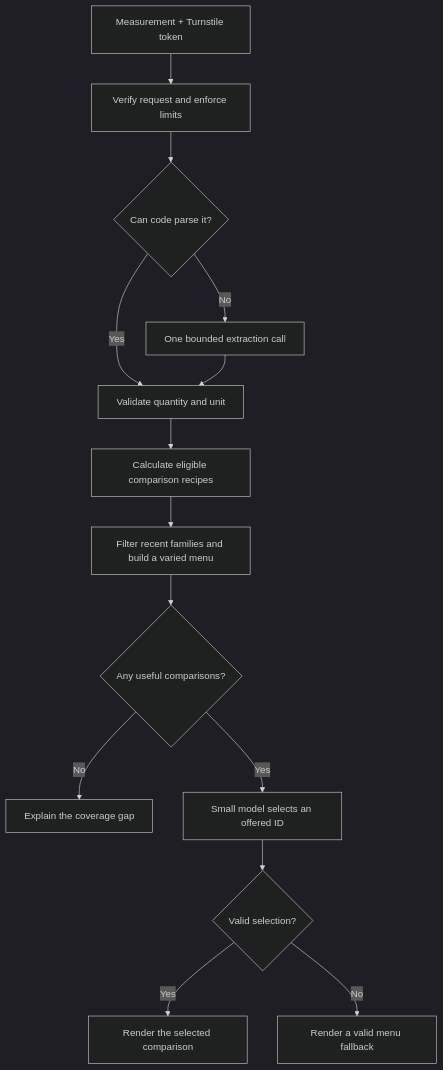
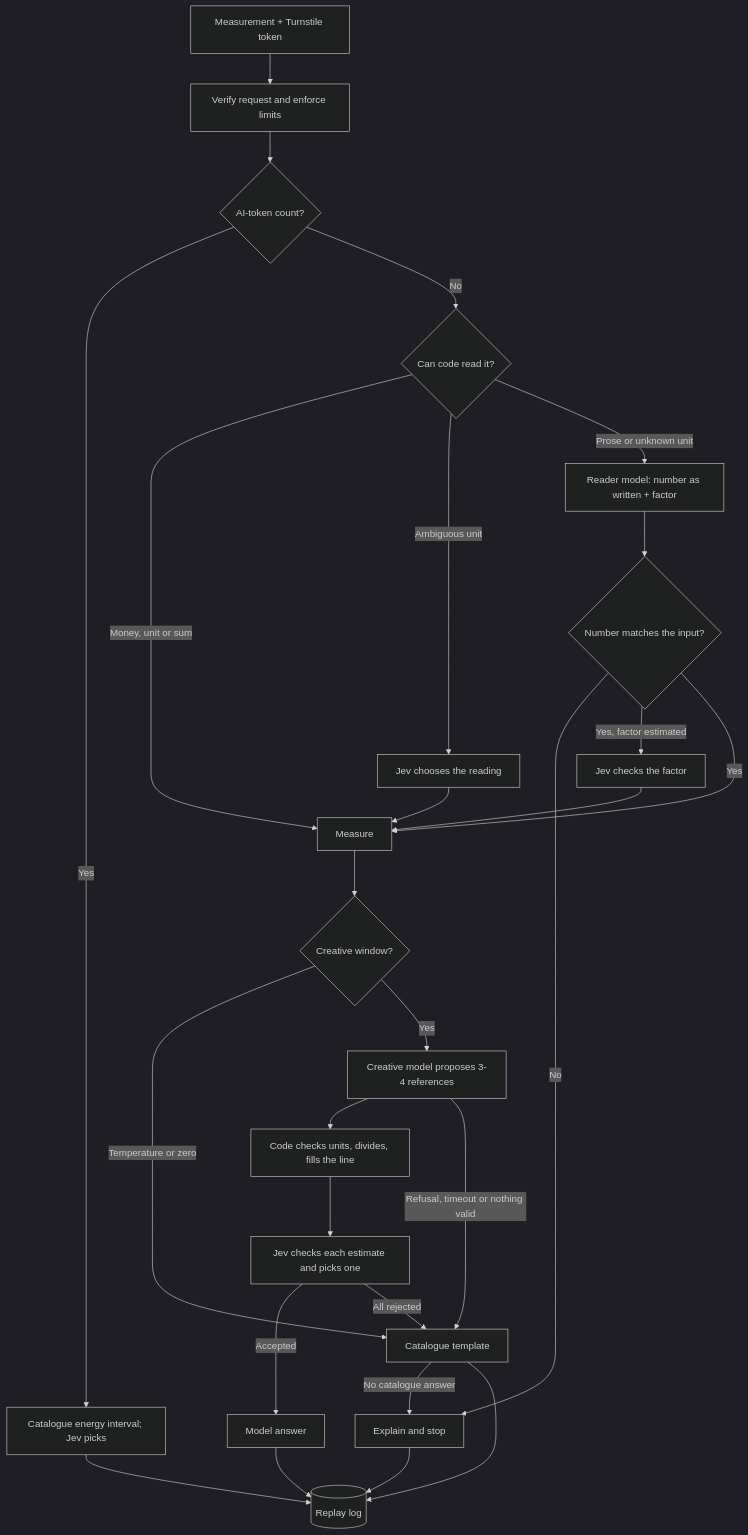
The diagram in docs/architecture.md (jasonm4130/anything-but-metric), drawn with Mermaid (dark theme) before and after one commit. The commit also changed other lines of this file and 22 other files, not shown here.

First line of the commit message:
Wire the model-led flow into the conversion Worker

````diff
--- a/docs/architecture.md
+++ b/docs/architecture.md
@@ -5,16 +5,26 @@
 ```mermaid
 flowchart TD
   A[Measurement + Turnstile token] --> B[Verify request and enforce limits]
-  B --> C{Can code parse it?}
-  C -->|Yes| E[Validate quantity and unit]
-  C -->|No| D[One bounded extraction call]
-  D --> E
-  E --> F[Calculate eligible comparison recipes]
-  F --> G[Filter recent families and build a varied menu]
-  G --> H{Any useful comparisons?}
-  H -->|No| I[Explain the coverage gap]
-  H -->|Yes| J[Small model selects an offered ID]
-  J --> K{Valid selection?}
-  K -->|Yes| L[Render the selected comparison]
-  K -->|No| M[Render a valid menu fallback]
+  B --> T{AI-token count?}
+  T -->|Yes| TC[Catalogue energy interval; Jev picks]
+  T -->|No| C{Can code read it?}
+  C -->|Money, unit or sum| E[Measure]
+  C -->|Ambiguous unit| J1[Jev chooses the reading]
+  C -->|Prose or unknown unit| D[Reader model: number as written + factor]
+  J1 --> E
+  D --> N{Number matches the input?}
+  N -->|No| X[Explain and stop]
+  N -->|Yes, factor estimated| J2[Jev checks the factor]
+  N -->|Yes| E
+  J2 --> E
+  E --> W{Creative window?}
+  W -->|Temperature or zero| F[Catalogue template]
+  W -->|Yes| G[Creative model proposes 3-4 references]
+  G --> H[Code checks units, divides, fills the line]
+  H --> J3[Jev checks each estimate and picks one]
+  J3 -->|Accepted| R[Model answer]
+  J3 -->|All rejected| F
+  G -->|Refusal, timeout or nothing valid| F
+  F -->|No catalogue answer| X
+  R & F & TC & X --> L[(Replay log)]
 ```
````
